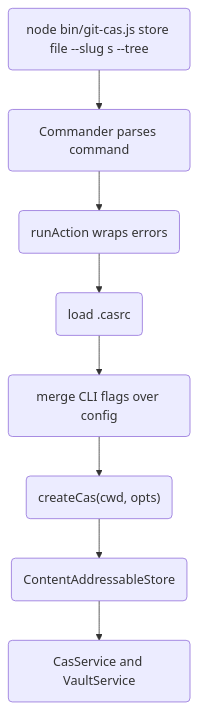
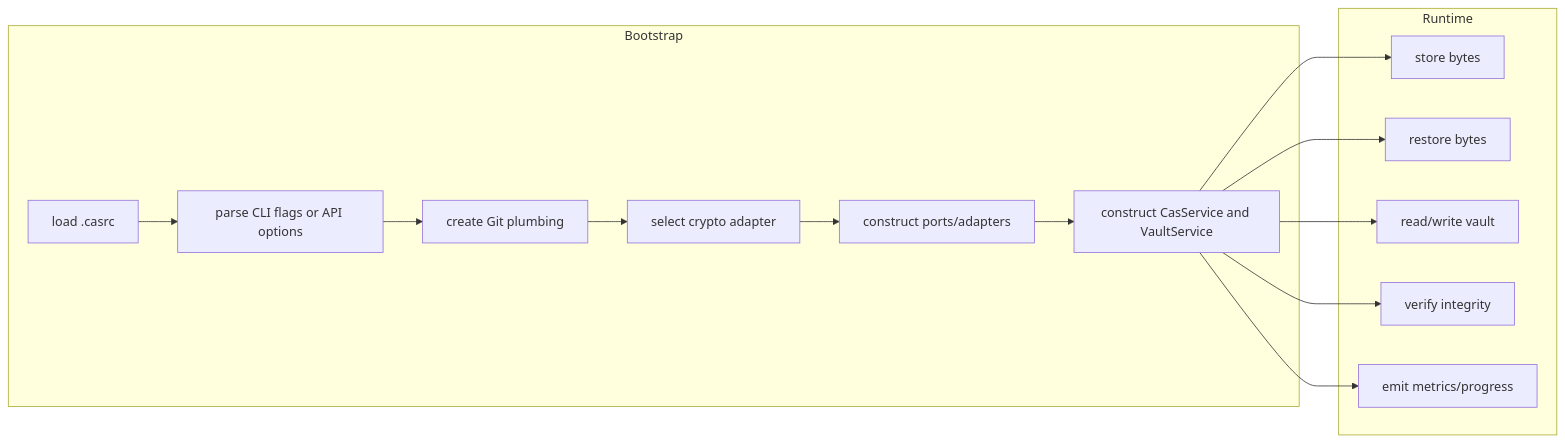
The fourth of 33 diagrams in docs/TECHNICAL_TEARDOWN.md (git-stunts/git-cas), drawn with Mermaid before and after one commit. The commit also changed other lines of this file, not shown here.

````diff
--- a/docs/TECHNICAL_TEARDOWN.md
+++ b/docs/TECHNICAL_TEARDOWN.md
@@ -206,10 +239,25 @@
 ```mermaid
-flowchart TD
-    A("node bin/git-cas.js store file --slug s --tree") --> B("Commander parses command")
-    B --> C("runAction wraps errors")
-    C --> D("load .casrc")
-    D --> E("merge CLI flags over config")
-    E --> F("createCas(cwd, opts)")
-    F --> G("ContentAddressableStore")
-    G --> H("CasService and VaultService")
+flowchart LR
+    subgraph Bootstrap
+        A["load .casrc"]
+        B["parse CLI flags or API options"]
+        C["create Git plumbing"]
+        D["select crypto adapter"]
+        E["construct ports/adapters"]
+        F["construct CasService and VaultService"]
+    end
+
+    subgraph Runtime
+        G["store bytes"]
+        H["restore bytes"]
+        I["read/write vault"]
+        J["verify integrity"]
+        K["emit metrics/progress"]
+    end
+
+    A --> B --> C --> D --> E --> F --> G
+    F --> H
+    F --> I
+    F --> J
+    F --> K
 ```
````
